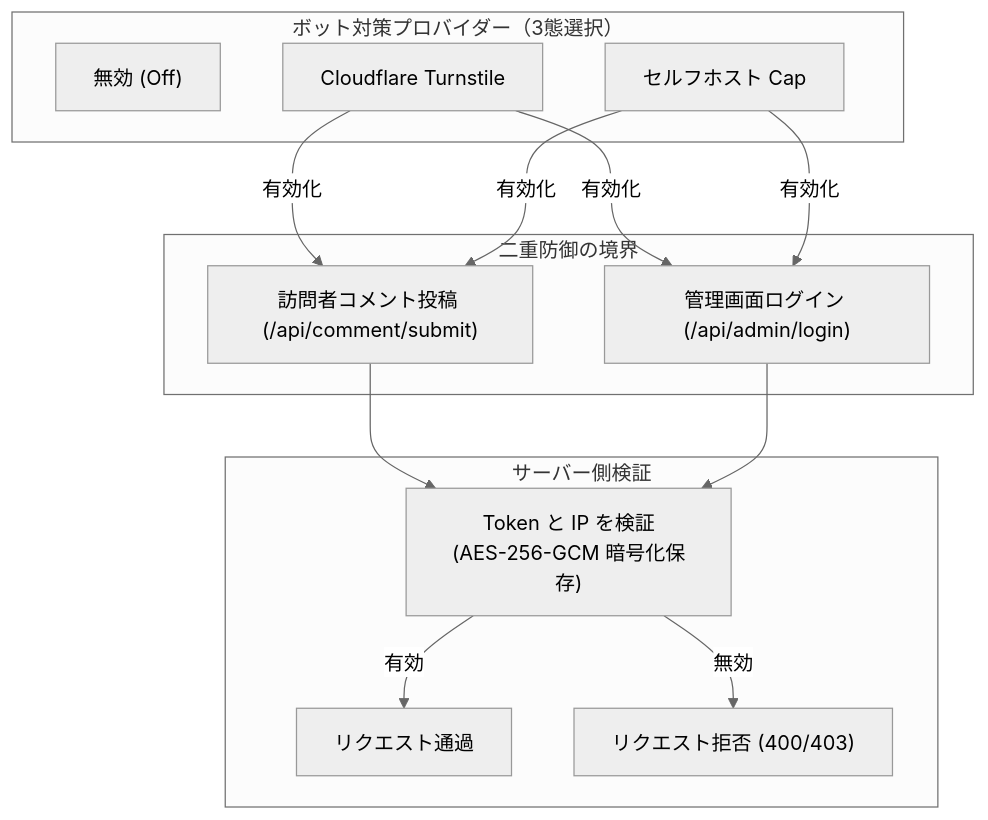
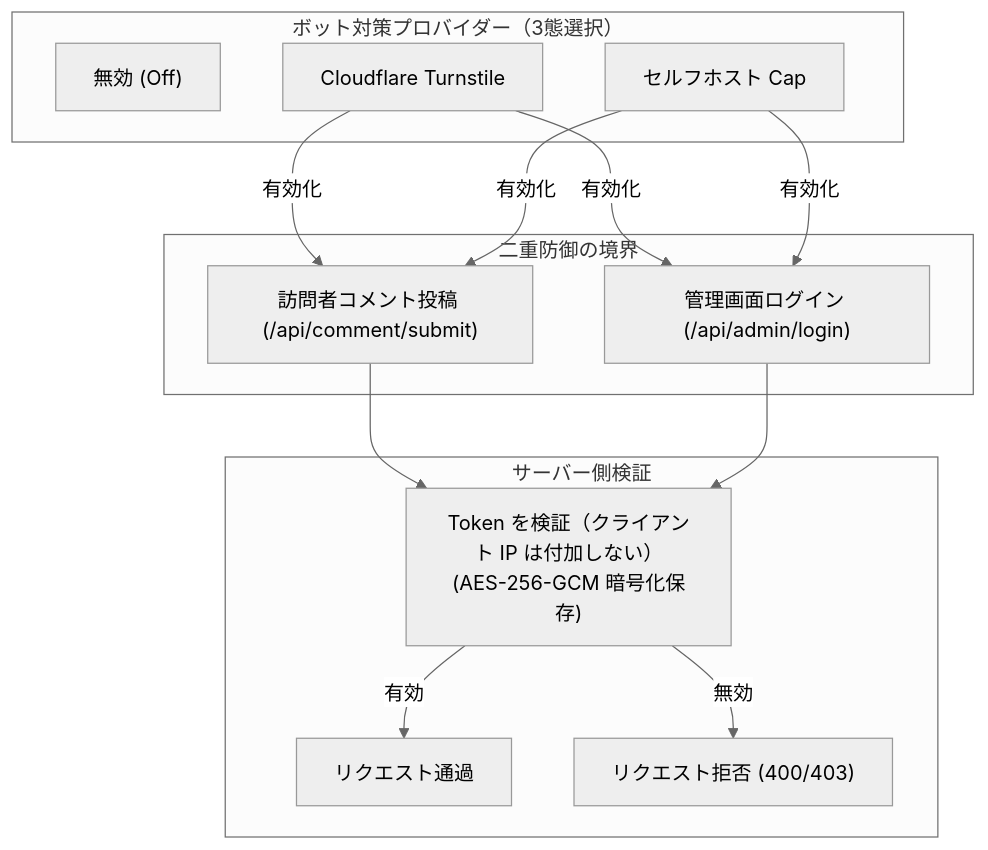
Before and after one commit to DejavuMoe/Ecoku: the diagram in docs/ja/self-hosting/admin.md, drawn with Mermaid (neutral theme). The commit also changed other lines of this file and 76 other files, not shown here.

````diff
--- a/docs/ja/self-hosting/admin.md
+++ b/docs/ja/self-hosting/admin.md
@@ -38,28 +42,28 @@
 ```mermaid
 graph TD
     subgraph Provider["ボット対策プロバイダー（3態選択）"]
         P1["無効 (Off)"]
         P2["Cloudflare Turnstile"]
         P3["セルフホスト Cap"]
     end
 
     subgraph Protection["二重防御の境界"]
         Visitor["訪問者コメント投稿 (/api/comment/submit)"]
         Admin["管理画面ログイン (/api/admin/login)"]
     end
 
     subgraph Verification["サーバー側検証"]
-        VerifyToken["Token と IP を検証<br/>(AES-256-GCM 暗号化保存)"]
+        VerifyToken["Token を検証（クライアント IP は付加しない）<br/>(AES-256-GCM 暗号化保存)"]
         Pass["リクエスト通過"]
         Reject["リクエスト拒否 (400/403)"]
     end
 
     P2 -->|有効化| Visitor
     P2 -->|有効化| Admin
     P3 -->|有効化| Visitor
     P3 -->|有効化| Admin
     Visitor --> VerifyToken
     Admin --> VerifyToken
     VerifyToken -->|有効| Pass
     VerifyToken -->|無効| Reject
 ```
````
